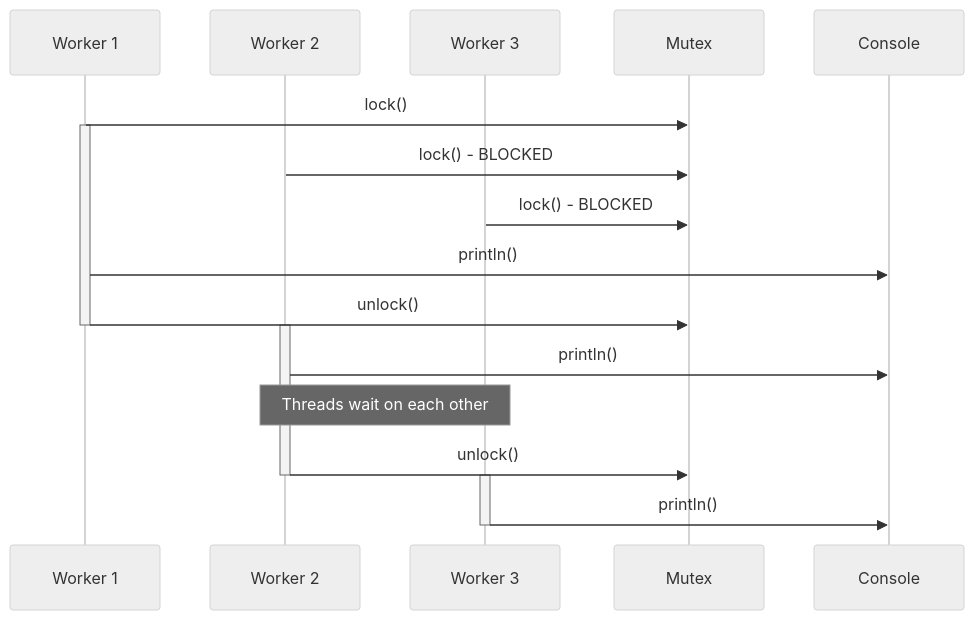
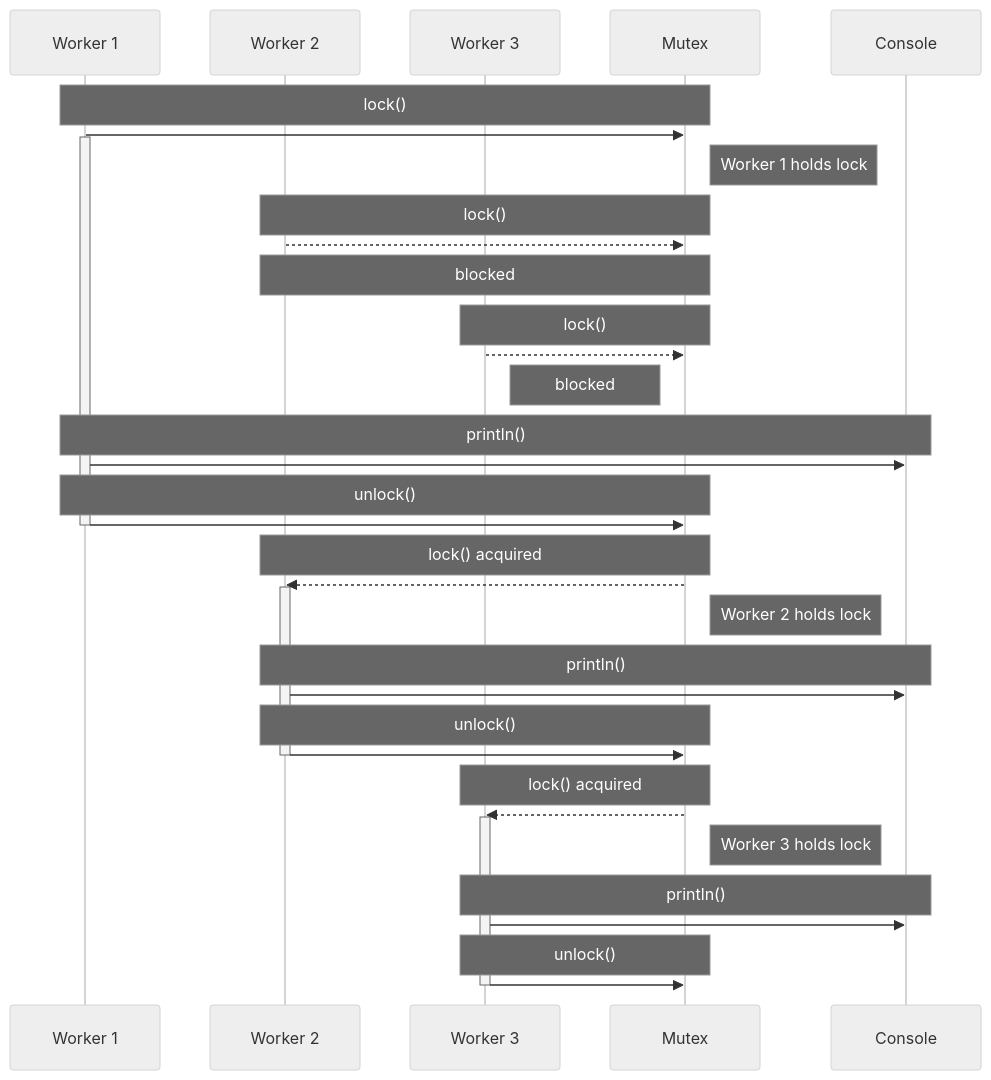
One commit to Tycro-Games/tycro-games.github.io changed the fourth of 8 diagrams in _posts/2026-01-14-Learning-Multithreading-With-A-Logger.md. Above: the diagram before and after it, drawn with Mermaid (neutral theme). The commit also changed other lines of this file, not shown here.

````diff
--- a/_posts/2026-01-14-Learning-Multithreading-With-A-Logger.md
+++ b/_posts/2026-01-14-Learning-Multithreading-With-A-Logger.md
@@ -395,24 +428,52 @@
 ```mermaid
 sequenceDiagram
     participant T1 as Worker 1
     participant T2 as Worker 2
     participant T3 as Worker 3
     participant M as Mutex
     participant C as Console
+
+    Note over T1,M: lock()
+    T1->>M: 
+    activate T1
+    Note right of M: Worker 1 holds lock
     
-    T1->>M: lock()
-    activate T1
-    T2->>M: lock() - BLOCKED
-    T3->>M: lock() - BLOCKED
-    T1->>C: println()
-    T1->>M: unlock()
+    Note over T2,M: lock()
+    T2-->>M: 
+    Note over T2,M: blocked
+    
+    Note over T3,M: lock()
+    T3-->>M: 
+    Note right of T3: blocked
+    
+    Note over T1,C: println()
+    T1->>C: 
+    
+    Note over T1,M: unlock()
+    T1->>M: 
     deactivate T1
+    
+    Note over T2,M: lock() acquired
+    M-->>T2: 
     activate T2
-    T2->>C: println()
-    Note over T2,T3: Threads wait on each other
-    T2->>M: unlock()
+    Note right of M: Worker 2 holds lock
+    
+    Note over T2,C: println()
+    T2->>C: 
+    
+    Note over T2,M: unlock()
+    T2->>M: 
     deactivate T2
+    
+    Note over T3,M: lock() acquired
+    M-->>T3: 
     activate T3
-    T3->>C: println()
+    Note right of M: Worker 3 holds lock
+    
+    Note over T3,C: println()
+    T3->>C: 
+    
+    Note over T3,M: unlock()
+    T3->>M: 
     deactivate T3
 ```
````
